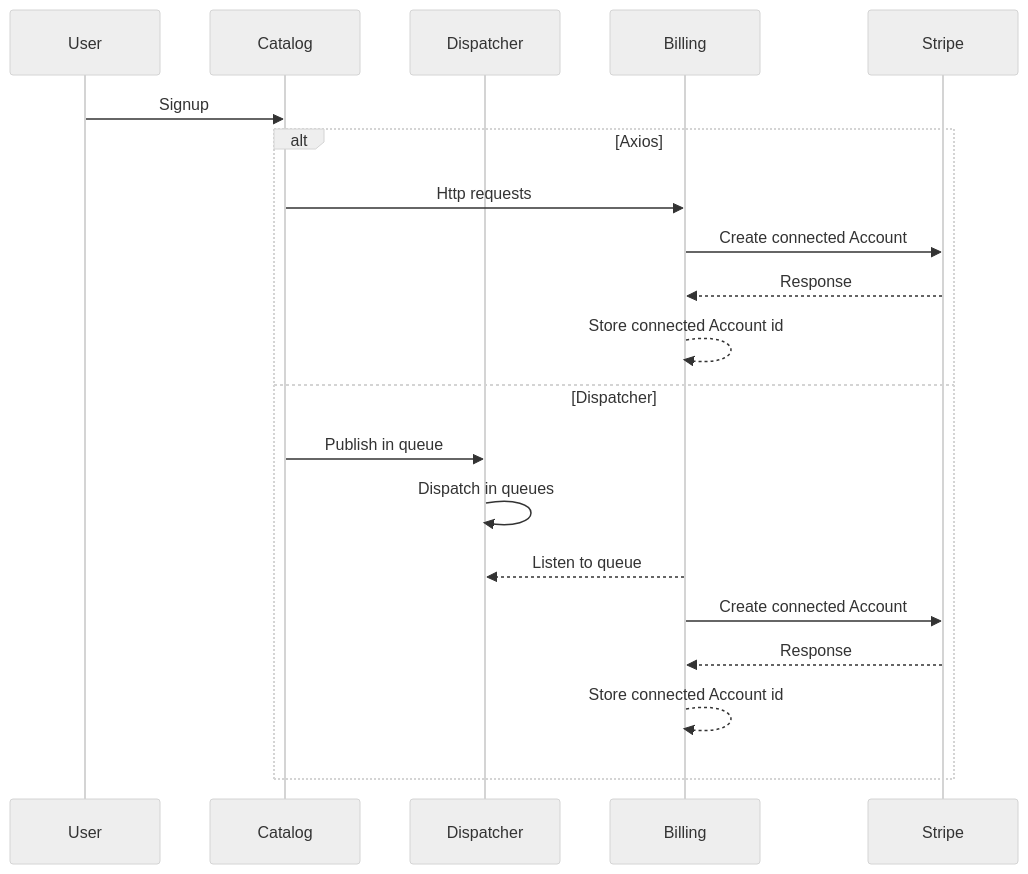
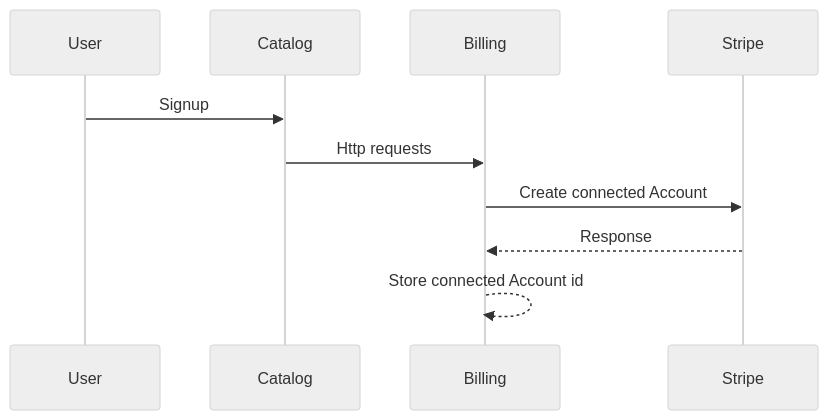
The first of 3 diagrams in docs/design-document.md (Prometheus-X-association/billing), drawn with Mermaid (neutral theme) before and after one commit. The commit also changed other lines of this file and 1 other file, not shown here.

````diff
--- a/docs/design-document.md
+++ b/docs/design-document.md
@@ -538,23 +417,13 @@
 ```mermaid
     sequenceDiagram
     participant User
     participant Catalog
-    participant Dispatcher
     participant Billing
     participant Stripe
     
     User->>Catalog: Signup
-        alt Axios
-            Catalog->>Billing: Http requests
-            Billing->>Stripe: Create connected Account
-            Stripe-->>Billing: Response
-            Billing-->>Billing: Store connected Account id
-        else Dispatcher
-            Catalog->>Dispatcher: Publish in queue
-            Dispatcher->>Dispatcher: Dispatch in queues
-            Billing-->>Dispatcher: Listen to queue
-            Billing->>Stripe: Create connected Account
-            Stripe-->>Billing: Response
-            Billing-->>Billing: Store connected Account id
-        end
+    Catalog->>Billing: Http requests
+    Billing->>Stripe: Create connected Account
+    Stripe-->>Billing: Response
+    Billing-->>Billing: Store connected Account id
 ```
````
